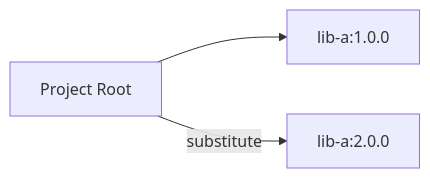
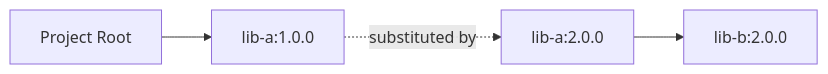
One commit to JavaDependencyHell/fieldguide changed the diagram in demos/gradle-demo/scenario-15-substitution/guide.qmd. Above: the diagram before and after it, drawn with Mermaid. The commit also changed other lines of this file and 208 other files, not shown here.

````diff
--- a/demos/gradle-demo/scenario-15-substitution/guide.qmd
+++ b/demos/gradle-demo/scenario-15-substitution/guide.qmd
@@ -20,6 +21,7 @@
 ```{mermaid}
 %%| fig-width: 4.4
 graph LR
-    Root[Project Root] --> LibA[lib-a:1.0.0]
-    Root -- substitute --> LibA_New[lib-a:2.0.0]
+    Root[Project Root] --> LibA1[lib-a:1.0.0]
+    LibA1 -. substituted by .-> LibA2[lib-a:2.0.0]
+    LibA2 --> LibB[lib-b:2.0.0]
 ```
````
